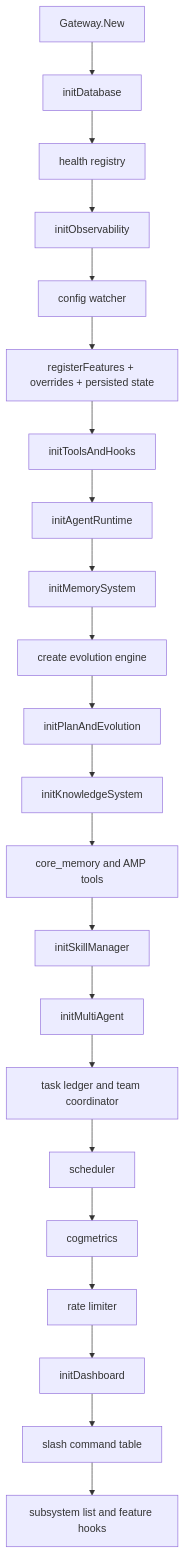
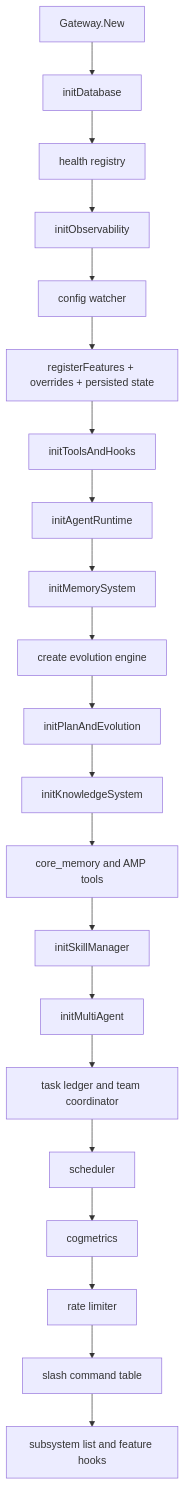
The first of 2 diagrams in docs/03-gateway-feature-lifecycle.md (Forest-Isle/daimon), drawn with Mermaid before and after one commit. The commit also changed other lines of this file and 158 other files, not shown here.

````diff
--- a/docs/03-gateway-feature-lifecycle.md
+++ b/docs/03-gateway-feature-lifecycle.md
@@ -9,24 +9,23 @@
 ```mermaid
 flowchart TB
     New[Gateway.New] --> DB[initDatabase]
     DB --> Health[health registry]
     Health --> Obs[initObservability]
     Obs --> Watcher[config watcher]
     Watcher --> Features[registerFeatures + overrides + persisted state]
     Features --> Tools[initToolsAndHooks]
     Tools --> Agent[initAgentRuntime]
     Agent --> Memory[initMemorySystem]
     Memory --> Evo[create evolution engine]
     Evo --> Plan[initPlanAndEvolution]
     Plan --> Knowledge[initKnowledgeSystem]
     Knowledge --> CoreMemory[core_memory and AMP tools]
     CoreMemory --> Skills[initSkillManager]
     Skills --> Multi[initMultiAgent]
     Multi --> Task[task ledger and team coordinator]
     Task --> Scheduler[scheduler]
     Scheduler --> Cog[cogmetrics]
     Cog --> Rate[rate limiter]
-    Rate --> Dashboard[initDashboard]
-    Dashboard --> Commands[slash command table]
+    Rate --> Commands[slash command table]
     Commands --> Subsystems[subsystem list and feature hooks]
 ```
````
